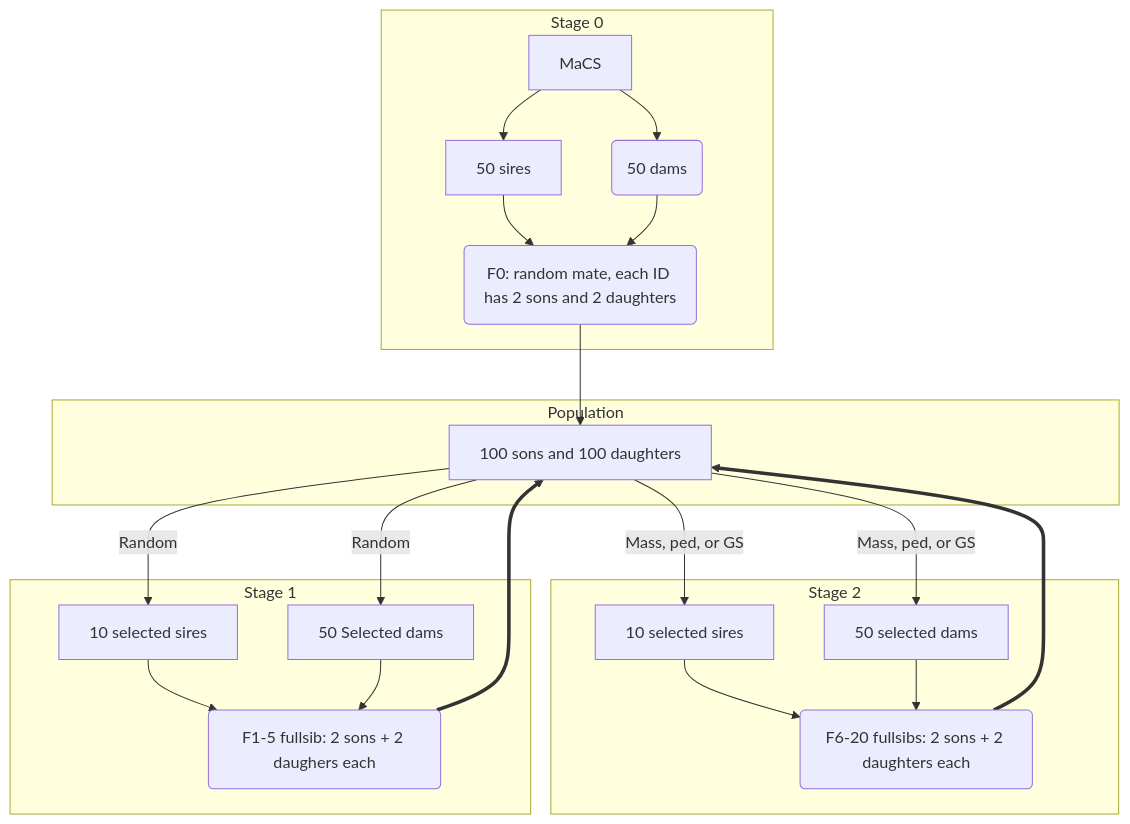
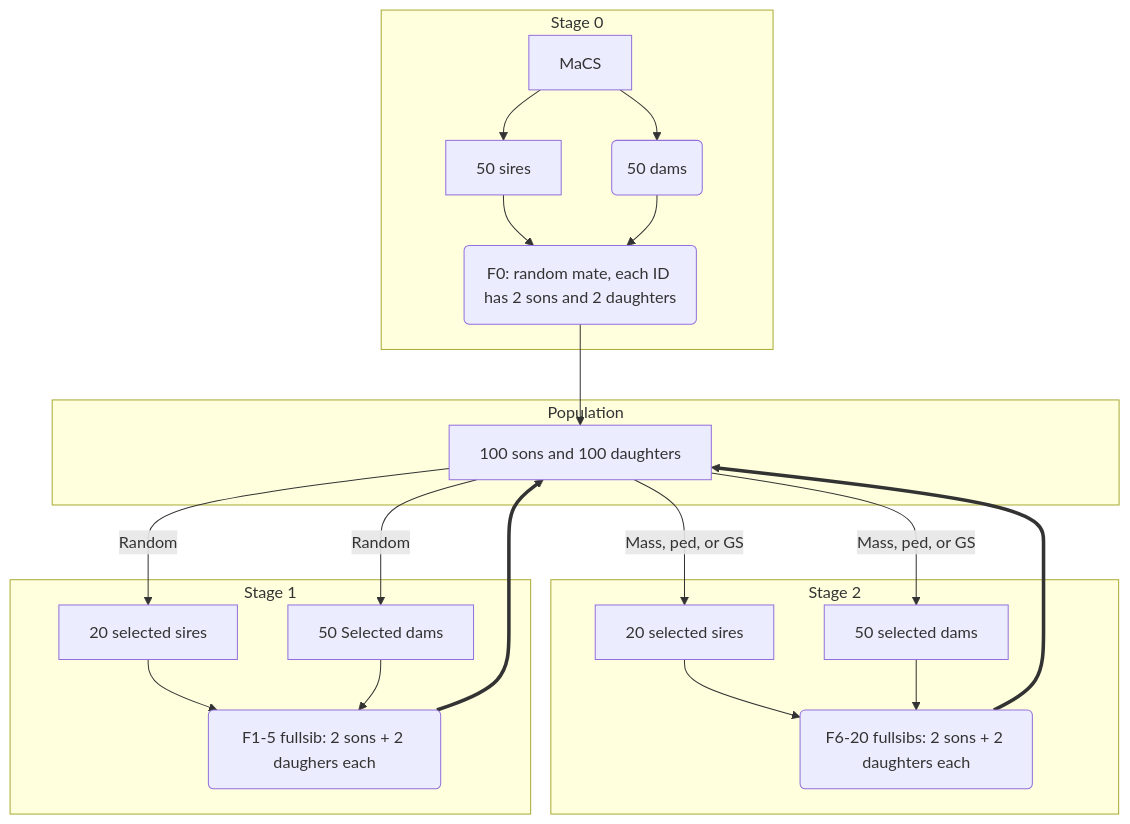
Before and after one commit to xijiang/rumigen.jl: the third of 3 diagrams in docs/effb9.md, drawn with Mermaid. The commit also changed other lines of this file and 9 other files, not shown here.

````diff
--- a/docs/effb9.md
+++ b/docs/effb9.md
@@ -189,27 +190,27 @@
 ```mermaid
 graph TD
   subgraph "Stage 0"
     Founder[MaCS]
     Founder --> Sires
     Founder --> Dams
     Sires[50 sires] --> T(F0: random mate, each ID has 2 sons and 2 daughters)
     Dams(50 dams) --> T
   end
   subgraph "Population"
     T --> Off[100 sons and 100 daughters]
   end
   subgraph "Stage 2"
-    Off --> |Mass, ped, or GS| S2[10 selected sires]
+    Off --> |Mass, ped, or GS| S2[20 selected sires]
     Off --> |Mass, ped, or GS| D2[50 selected dams]
     S2 --> T3(F6-20 fullsibs: 2 sons + 2 daughters each)
     D2 --> T3
     T3 ==> Off
   end
   subgraph "Stage 1"
     S1 --> T2(F1-5 fullsib: 2 sons + 2 daughers each)
     D1 --> T2
     T2 ==> Off
-    Off --> |Random| S1[10 selected sires]
+    Off --> |Random| S1[20 selected sires]
     Off --> |Random| D1[50 Selected dams]
   end
 ```
````
